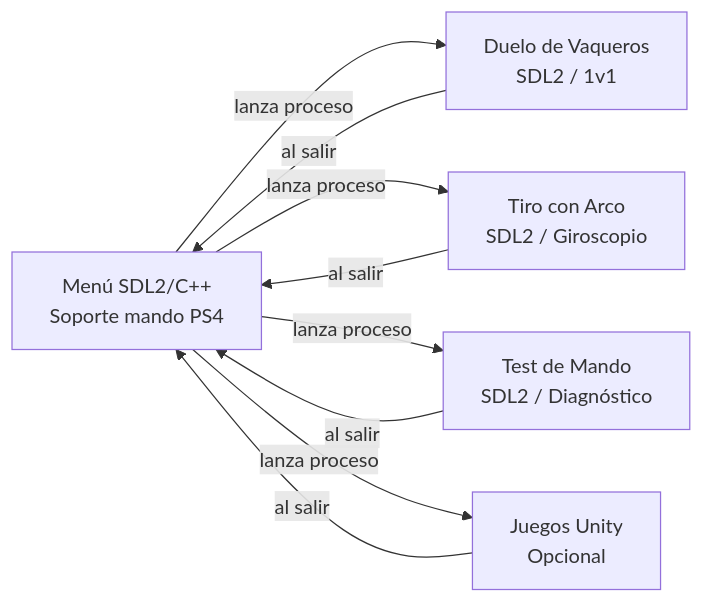
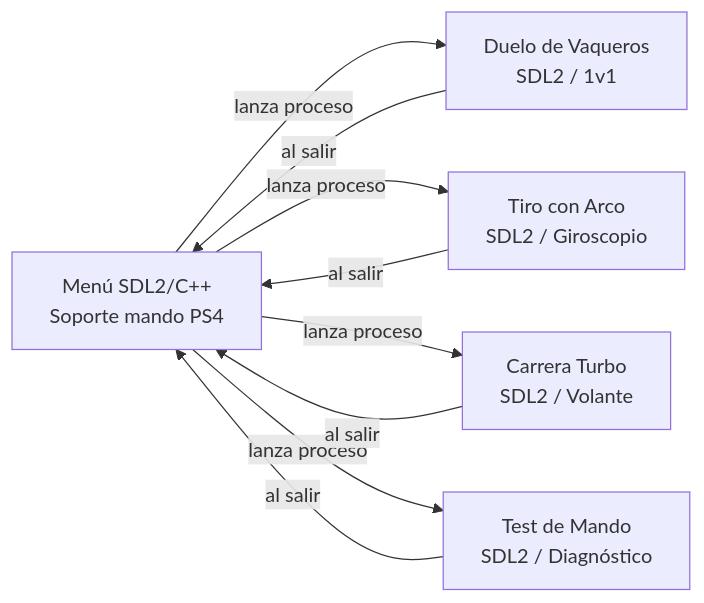
One commit to Santinorodriguez057/trabajoexpo changed the diagram in README.md. Above: the diagram before and after it, drawn with Mermaid. The commit also changed other lines of this file and 19 other files, not shown here.

````diff
--- a/README.md
+++ b/README.md
@@ -11,11 +11,11 @@
 ```mermaid
 flowchart LR
     M[Menú SDL2/C++<br/>Soporte mando PS4] -->|lanza proceso| G1[Duelo de Vaqueros<br/>SDL2 / 1v1]
     M -->|lanza proceso| G2[Tiro con Arco<br/>SDL2 / Giroscopio]
-    M -->|lanza proceso| G3[Test de Mando<br/>SDL2 / Diagnóstico]
-    M -->|lanza proceso| G4[Juegos Unity<br/>Opcional]
+    M -->|lanza proceso| G3[Carrera Turbo<br/>SDL2 / Volante]
+    M -->|lanza proceso| G4[Test de Mando<br/>SDL2 / Diagnóstico]
     G1 -->|al salir| M
     G2 -->|al salir| M
     G3 -->|al salir| M
     G4 -->|al salir| M
 ```
````
